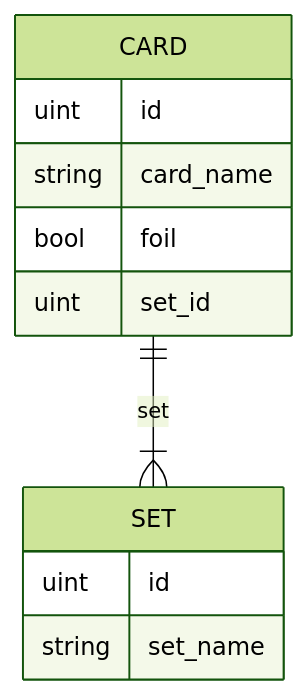
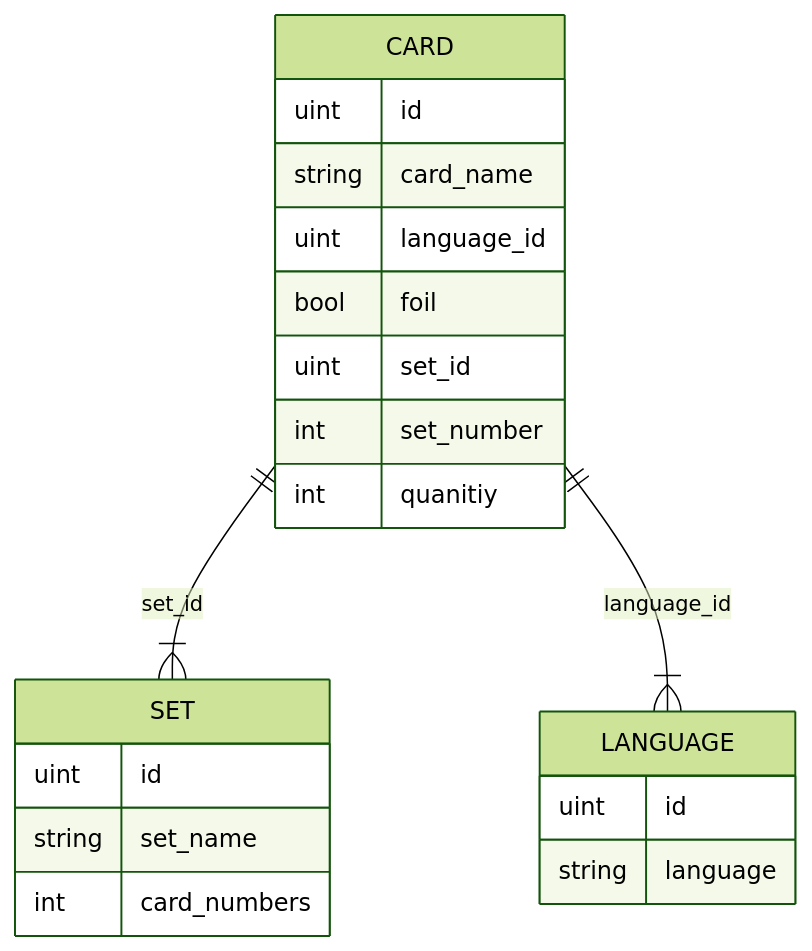
The diagram in README.md (dalpner/mtg-card-manager), drawn with Mermaid (forest theme) before and after one commit.

Commit message:
update README.md: added new variables to tablediagram

````diff
--- a/README.md
+++ b/README.md
@@ -8,16 +8,25 @@
 ```mermaid
 erDiagram
   CARD {
     uint id
     string card_name
+    uint language_id
     bool foil
     uint set_id
+    int set_number
+    int quanitiy
   }
   SET {
     uint id
     string set_name
+    int card_numbers
   }
 
-  CARD ||--|{ SET : set
+  LANGUAGE {
+    uint id
+    string language
+  }
 
+  CARD ||--|{ SET : set_id
+  CARD ||--|{ LANGUAGE : language_id
 ```
````
